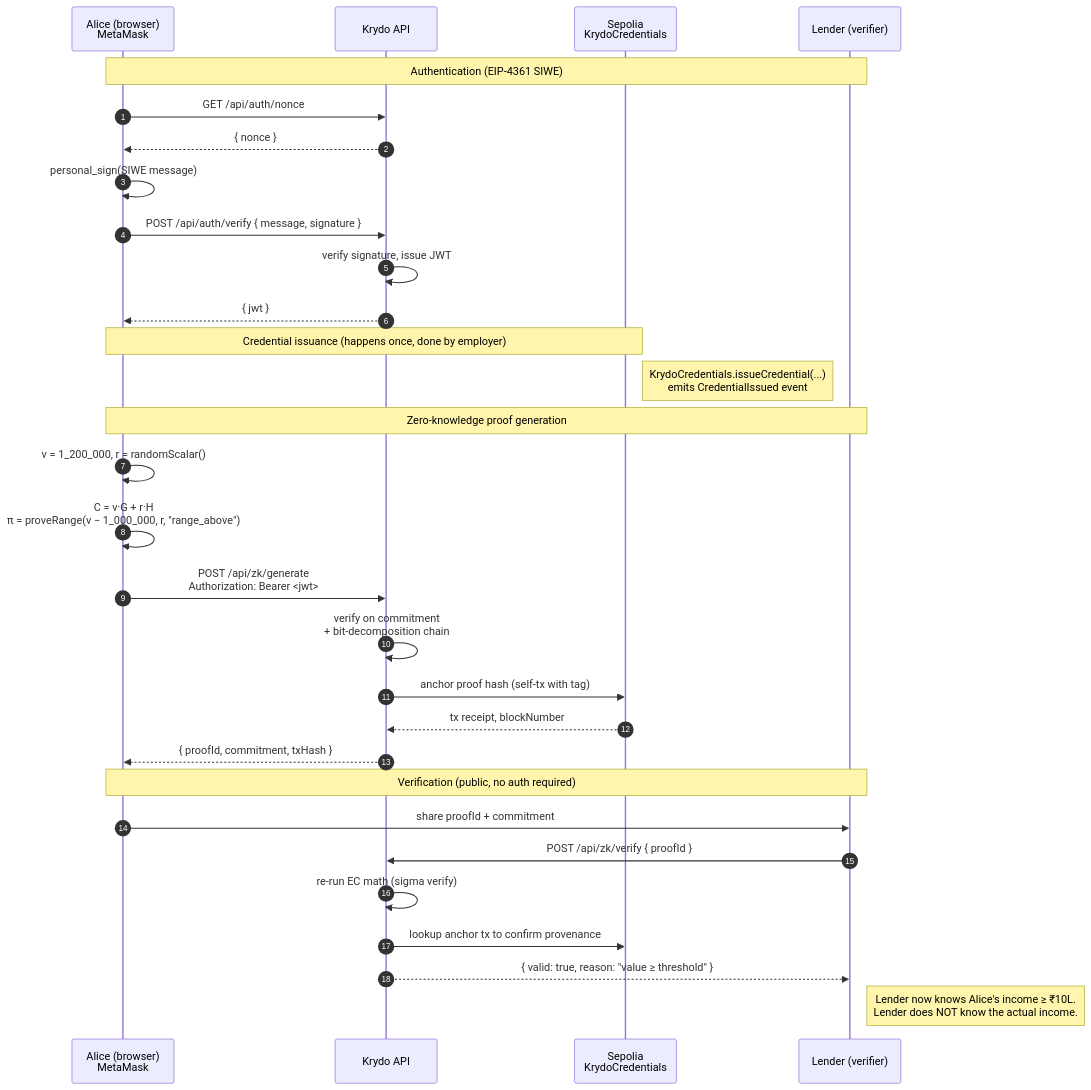
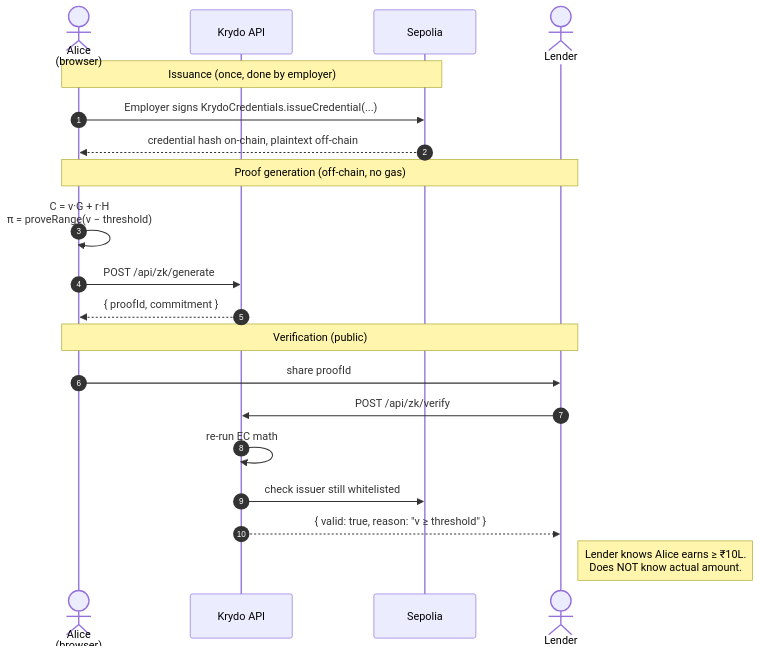
Before and after one commit to nishant-uxs/krydo: the second of 3 diagrams in README.md, drawn with Mermaid. The commit also changed other lines of this file and 1 other file, not shown here.

````diff
--- a/README.md
+++ b/README.md
@@ -79,37 +74,26 @@
 ```mermaid
 sequenceDiagram
     autonumber
-    participant Alice as Alice (browser)<br/>MetaMask
+    actor Alice as Alice<br/>(browser)
     participant Server as Krydo API
-    participant Chain as Sepolia<br/>KrydoCredentials
-    participant Lender as Lender (verifier)
+    participant Chain as Sepolia
+    actor Lender as Lender
 
-    Note over Alice,Lender: Authentication (EIP-4361 SIWE)
-    Alice->>Server: GET /api/auth/nonce
-    Server-->>Alice: { nonce }
-    Alice->>Alice: personal_sign(SIWE message)
-    Alice->>Server: POST /api/auth/verify { message, signature }
-    Server->>Server: verify signature, issue JWT
-    Server-->>Alice: { jwt }
+    Note over Alice,Chain: Issuance (once, done by employer)
+    Alice->>Chain: Employer signs KrydoCredentials.issueCredential(...)
+    Chain-->>Alice: credential hash on-chain, plaintext off-chain
 
-    Note over Alice,Chain: Credential issuance (happens once, done by employer)
-    Note right of Chain: KrydoCredentials.issueCredential(...)<br/>emits CredentialIssued event
+    Note over Alice,Lender: Proof generation (off-chain, no gas)
+    Alice->>Alice: C = v·G + r·H<br/>π = proveRange(v − threshold)
+    Alice->>Server: POST /api/zk/generate
+    Server-->>Alice: { proofId, commitment }
 
-    Note over Alice,Lender: Zero-knowledge proof generation
-    Alice->>Alice: v = 1_200_000, r = randomScalar()
-    Alice->>Alice: C = v·G + r·H<br/>π = proveRange(v − 1_000_000, r, "range_above")
-    Alice->>Server: POST /api/zk/generate<br/>Authorization: Bearer <jwt>
-    Server->>Server: verify on commitment<br/>+ bit-decomposition chain
-    Server->>Chain: anchor proof hash (self-tx with tag)
-    Chain-->>Server: tx receipt, blockNumber
-    Server-->>Alice: { proofId, commitment, txHash }
+    Note over Alice,Lender: Verification (public)
+    Alice->>Lender: share proofId
+    Lender->>Server: POST /api/zk/verify
+    Server->>Server: re-run EC math
+    Server->>Chain: check issuer still whitelisted
+    Server-->>Lender: { valid: true, reason: "v ≥ threshold" }
 
-    Note over Alice,Lender: Verification (public, no auth required)
-    Alice->>Lender: share proofId + commitment
-    Lender->>Server: POST /api/zk/verify { proofId }
-    Server->>Server: re-run EC math (sigma verify)
-    Server->>Chain: lookup anchor tx to confirm provenance
-    Server-->>Lender: { valid: true, reason: "value ≥ threshold" }
-
-    Note right of Lender: Lender now knows Alice's income ≥ ₹10L.<br/>Lender does NOT know the actual income.
+    Note right of Lender: Lender knows Alice earns ≥ ₹10L.<br/>Does NOT know actual amount.
 ```
````
